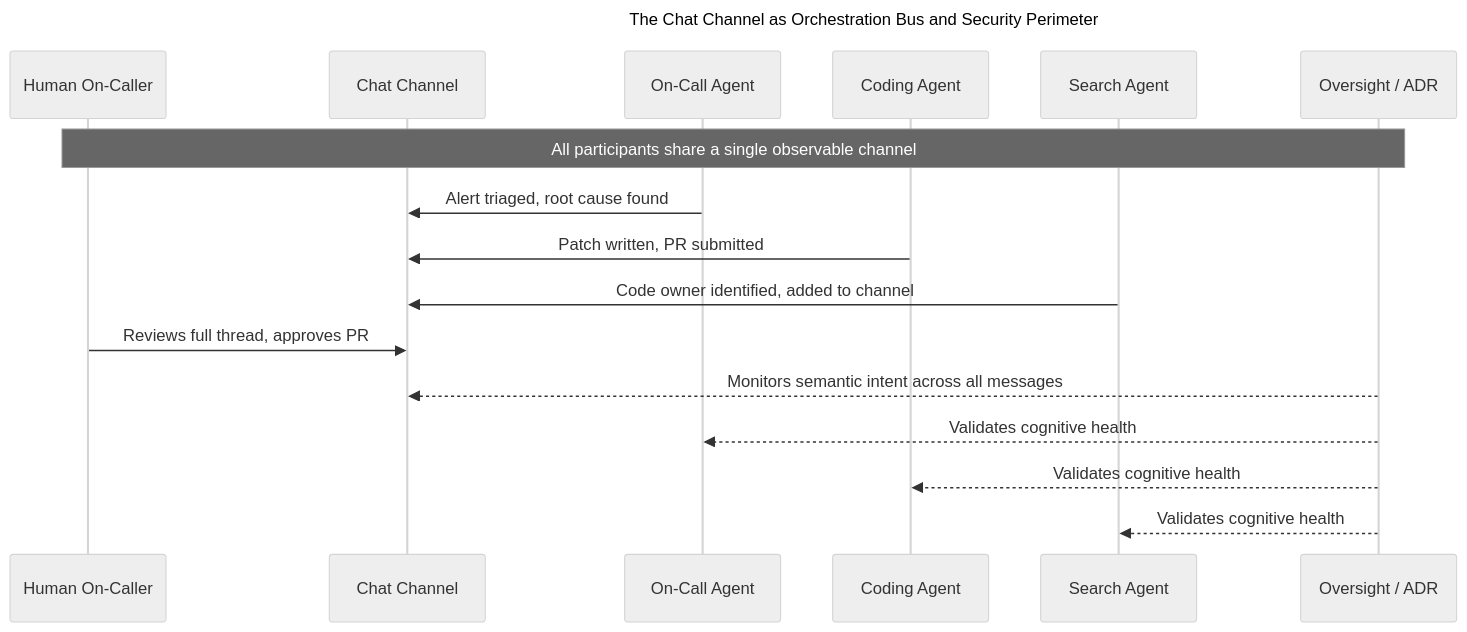
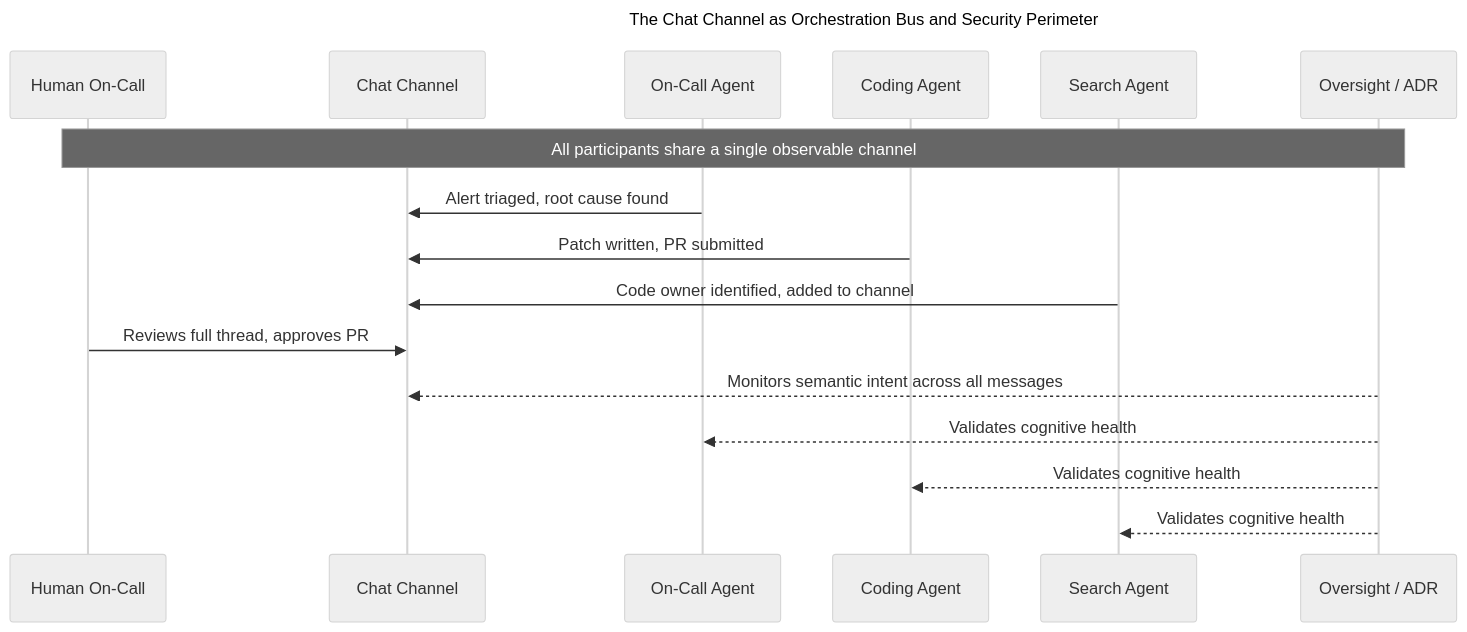
One commit to cosai-oasis/cosai-tsc changed the fifth of 5 diagrams in the-future-of-agentic-security.md. Above: the diagram before and after it, drawn with Mermaid. The commit also changed other lines of this file and 2 other files, not shown here.

````diff
--- a/the-future-of-agentic-security.md
+++ b/the-future-of-agentic-security.md
@@ -379,27 +379,27 @@
 ```mermaid
 ---
 title: "The Chat Channel as Orchestration Bus and Security Perimeter"
 config:
   look: handDrawn
   theme: neutral
 ---
 sequenceDiagram
-  participant Human as Human On-Caller
+  participant Human as Human On-Call
   participant Chat as Chat Channel
   participant OnCall as On-Call Agent
   participant Code as Coding Agent
   participant Search as Search Agent
   participant ADR as Oversight / ADR
 
   Note over Human, ADR: All participants share a single observable channel
 
   OnCall->>Chat: Alert triaged, root cause found
   Code->>Chat: Patch written, PR submitted
   Search->>Chat: Code owner identified, added to channel
   Human->>Chat: Reviews full thread, approves PR
 
   ADR-->>Chat: Monitors semantic intent across all messages
   ADR-->>OnCall: Validates cognitive health
   ADR-->>Code: Validates cognitive health
   ADR-->>Search: Validates cognitive health
 ```
````
